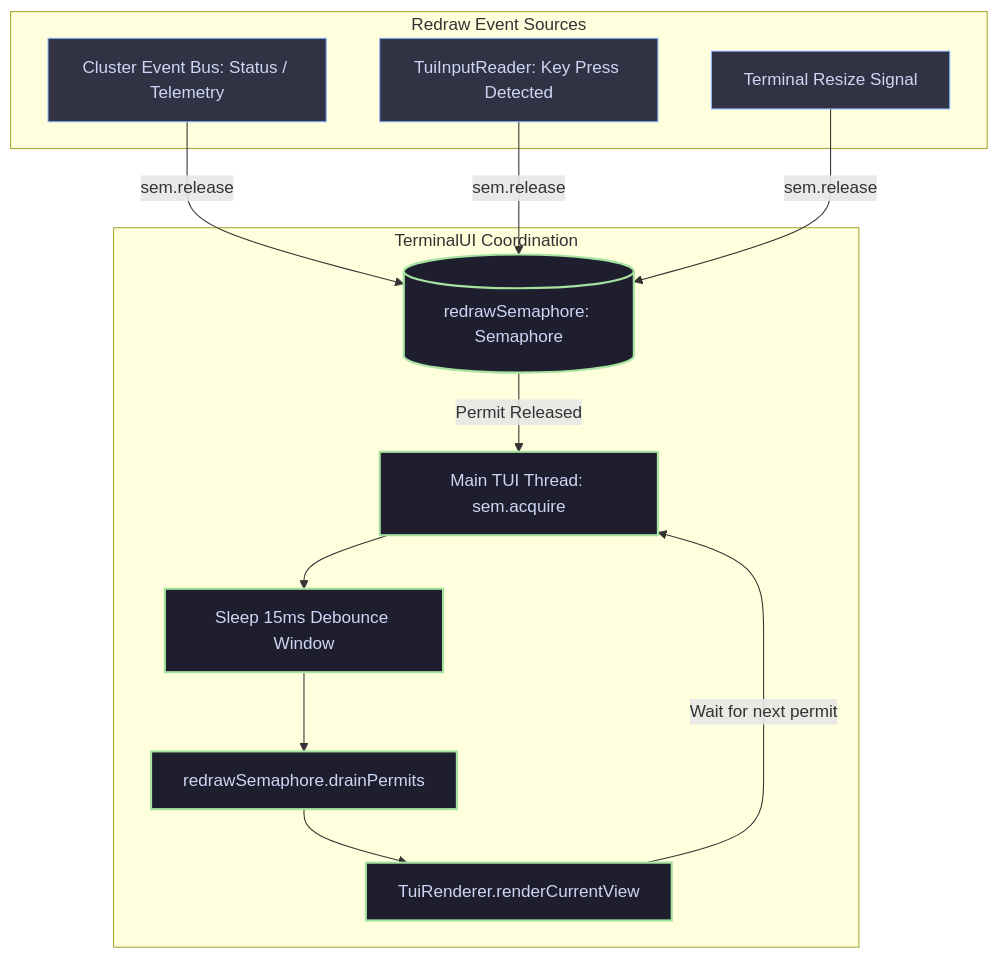
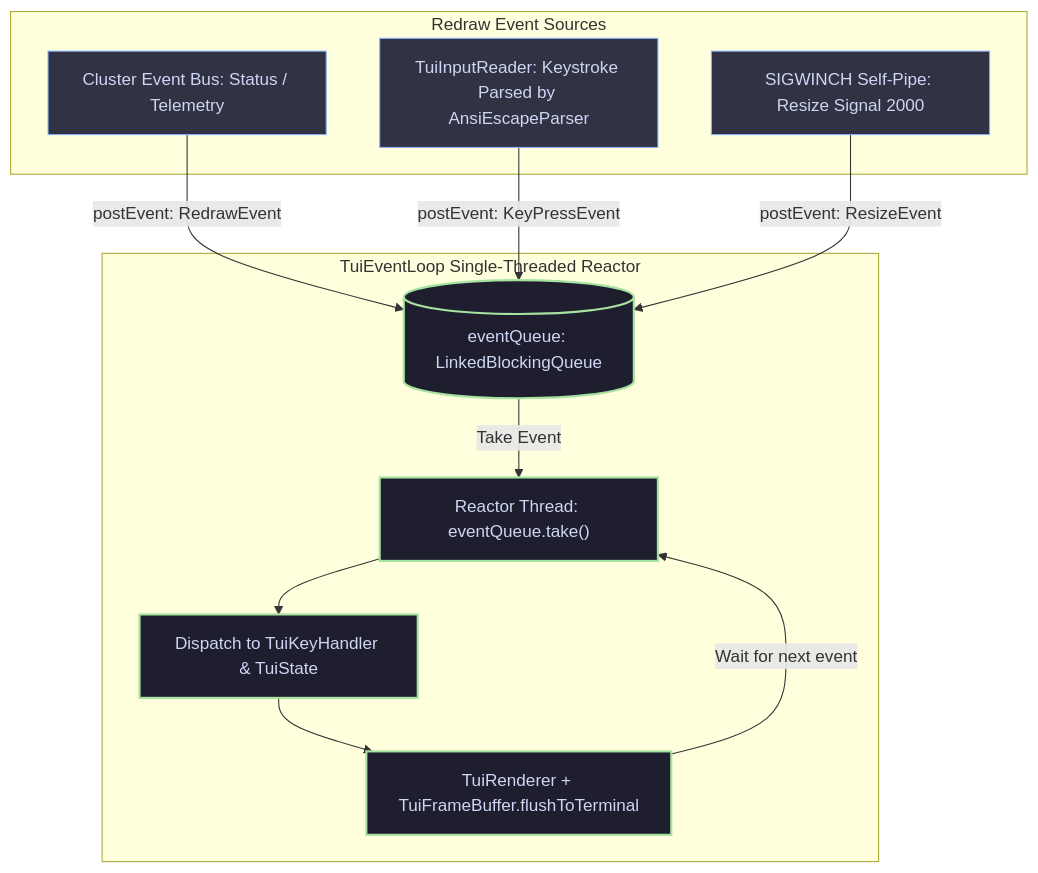
Before and after one commit to GateBridge/GateBridge: the sixth of 7 diagrams in docs/architecture.md, drawn with Mermaid. The commit also changed other lines of this file and 5 other files, not shown here.

Commit message:
docs(tui): update TUI architecture docs and verify multi-profile JDK 8 compilation

````diff
--- a/docs/architecture.md
+++ b/docs/architecture.md
@@ -639,31 +648,29 @@
 ```mermaid
 graph TD
     subgraph Triggers ["Redraw Event Sources"]
         E1["Cluster Event Bus: Status / Telemetry"]
-        E2["TuiInputReader: Key Press Detected"]
-        E3["Terminal Resize Signal"]
+        E2["TuiInputReader: Keystroke Parsed by AnsiEscapeParser"]
+        E3["SIGWINCH Self-Pipe: Resize Signal 2000"]
     end
 
-    subgraph Coordinator ["TerminalUI Coordination"]
-        Sem[("redrawSemaphore: Semaphore")]
-        MainLoop["Main TUI Thread: sem.acquire"]
-        SleepDebounce["Sleep 15ms Debounce Window"]
-        Drain["redrawSemaphore.drainPermits"]
-        Render["TuiRenderer.renderCurrentView"]
+    subgraph Coordinator ["TuiEventLoop Single-Threaded Reactor"]
+        Queue[("eventQueue: LinkedBlockingQueue<UIEvent>")]
+        MainLoop["Reactor Thread: eventQueue.take()"]
+        Dispatch["Dispatch to TuiKeyHandler & TuiState"]
+        Render["TuiRenderer + TuiFrameBuffer.flushToTerminal"]
     end
 
-    E1 -->|sem.release| Sem
-    E2 -->|sem.release| Sem
-    E3 -->|sem.release| Sem
+    E1 -->|postEvent: RedrawEvent| Queue
+    E2 -->|postEvent: KeyPressEvent| Queue
+    E3 -->|postEvent: ResizeEvent| Queue
 
-    Sem -->|Permit Released| MainLoop
-    MainLoop --> SleepDebounce
-    SleepDebounce --> Drain
-    Drain --> Render
-    Render -->|Wait for next permit| MainLoop
+    Queue -->|Take Event| MainLoop
+    MainLoop --> Dispatch
+    Dispatch --> Render
+    Render -->|Wait for next event| MainLoop
 
     classDef src fill:#313244,stroke:#89b4fa,stroke-width:1px,color:#cdd6f4;
     classDef coord fill:#1e1e2e,stroke:#a6e3a1,stroke-width:2px,color:#cdd6f4;
     class E1,E2,E3 src;
-    class Sem,MainLoop,SleepDebounce,Drain,Render coord;
+    class Queue,MainLoop,Dispatch,Render coord;
 ```
````
